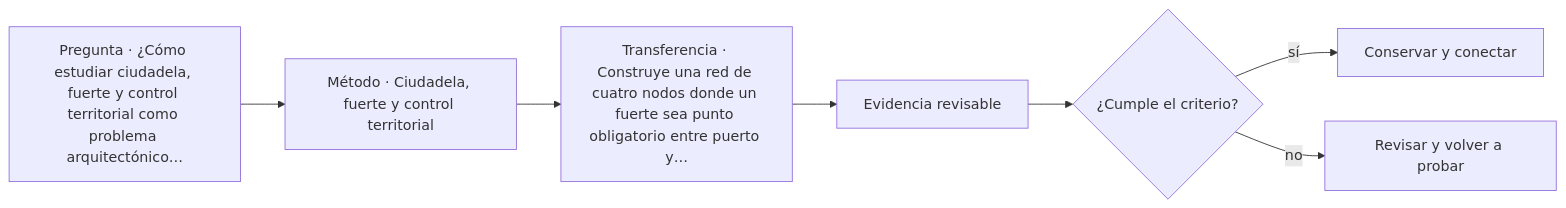
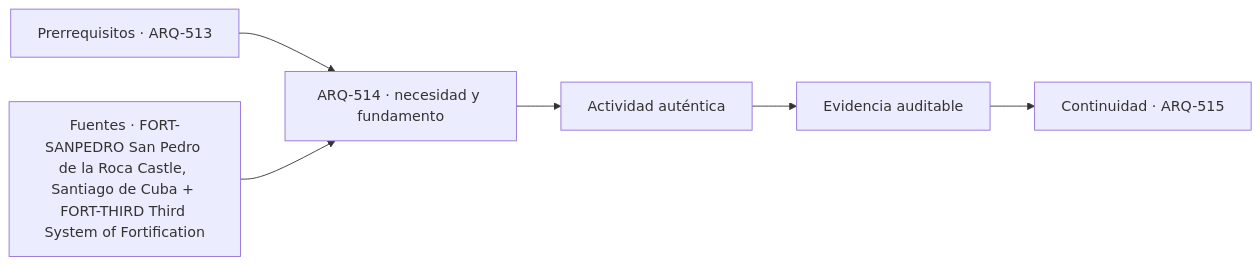
Before and after one commit to vladimiracunadev-create/architecture-built-environment-learning-program: the diagram in classes/parte-52/ARQ-514.md, drawn with Mermaid. The commit also changed other lines of this file and 761 other files, not shown here.

````diff
--- a/classes/parte-52/ARQ-514.md
+++ b/classes/parte-52/ARQ-514.md
@@ -81,9 +93,8 @@
 ```mermaid
 flowchart LR
-    Q["Pregunta · ¿Cómo estudiar ciudadela, fuerte y control territorial como problema arquitectónico…"] --> M["Método · Ciudadela, fuerte y control territorial"]
-    M --> P["Transferencia · Construye una red de cuatro nodos donde un fuerte sea punto obligatorio entre puerto y…"]
-    P --> E["Evidencia revisable"]
-    E --> C{"¿Cumple el criterio?"}
-    C -->|sí| T["Conservar y conectar"]
-    C -->|no| R["Revisar y volver a probar"]
+    A["Prerrequisitos · ARQ-513"] --> B["ARQ-514 · necesidad y fundamento"]
+    S["Fuentes · FORT-SANPEDRO San Pedro de la Roca Castle, Santiago de Cuba + FORT-THIRD Third System of Fortification"] --> B
+    B --> C["Actividad auténtica"]
+    C --> D["Evidencia auditable"]
+    D --> E["Continuidad · ARQ-515"]
 ```
````
